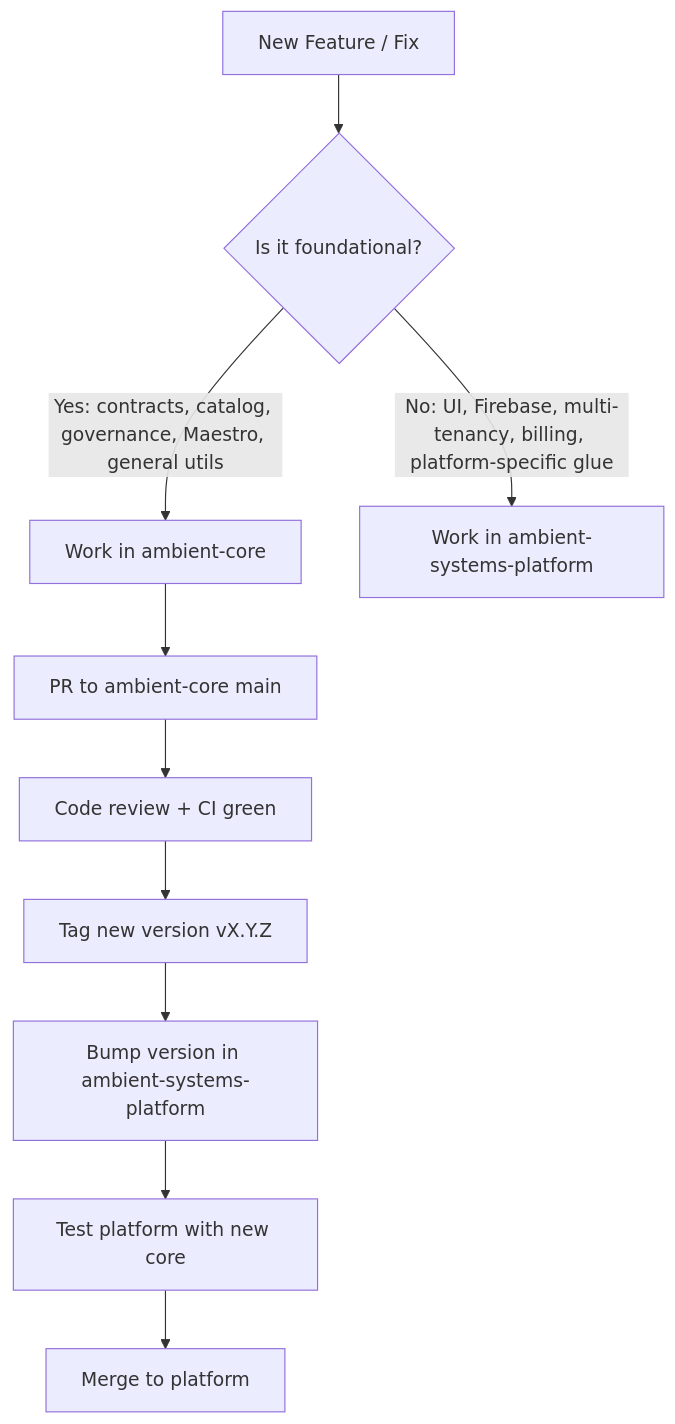
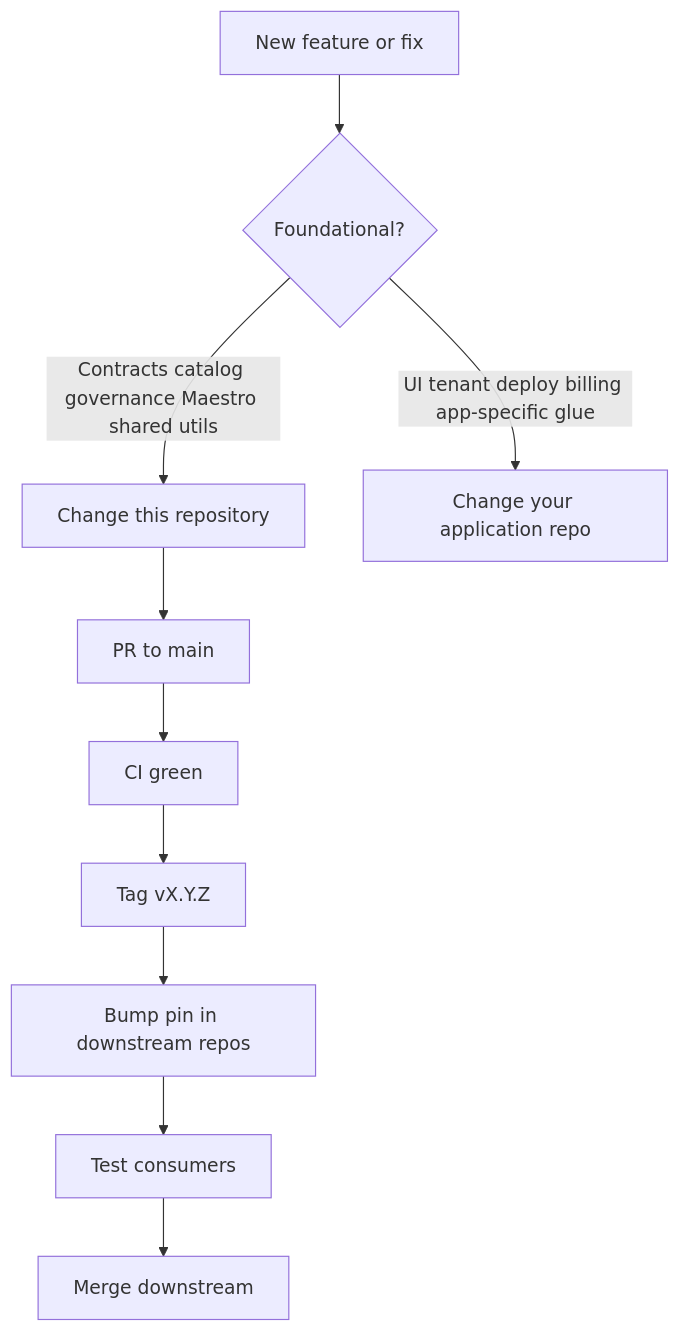
Before and after one commit to Ambient-Team/ambient-core: the second of 2 diagrams in docs/ECOSYSTEM.md, drawn with Mermaid. The commit also changed other lines of this file and 23 other files, not shown here.

````diff
--- a/docs/ECOSYSTEM.md
+++ b/docs/ECOSYSTEM.md
@@ -92,12 +67,12 @@
 ```mermaid
 flowchart TD
-  A[New Feature / Fix] --> B{Is it foundational?}
-  B -->|Yes: contracts, catalog, governance, Maestro, general utils| C[Work in ambient-core]
-  B -->|No: UI, Firebase, multi-tenancy, billing, platform-specific glue| D[Work in ambient-systems-platform]
-  C --> E[PR to ambient-core main]
-  E --> F[Code review + CI green]
-  F --> G[Tag new version vX.Y.Z]
-  G --> H[Bump version in ambient-systems-platform]
-  H --> I[Test platform with new core]
-  I --> J[Merge to platform]
+  A[New feature or fix] --> B{Foundational?}
+  B -->|Contracts catalog governance Maestro shared utils| C[Change this repository]
+  B -->|UI tenant deploy billing app-specific glue| D[Change your application repo]
+  C --> E[PR to main]
+  E --> F[CI green]
+  F --> G[Tag vX.Y.Z]
+  G --> H[Bump pin in downstream repos]
+  H --> I[Test consumers]
+  I --> J[Merge downstream]
 ```
````
